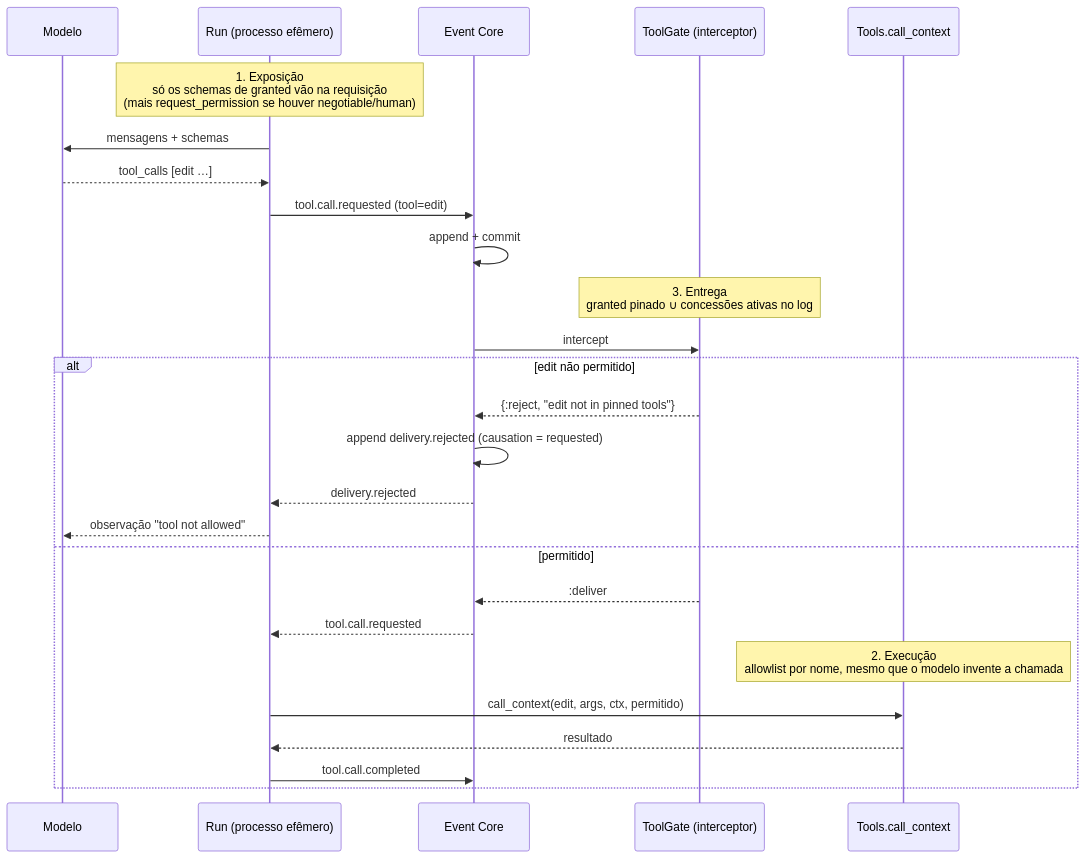
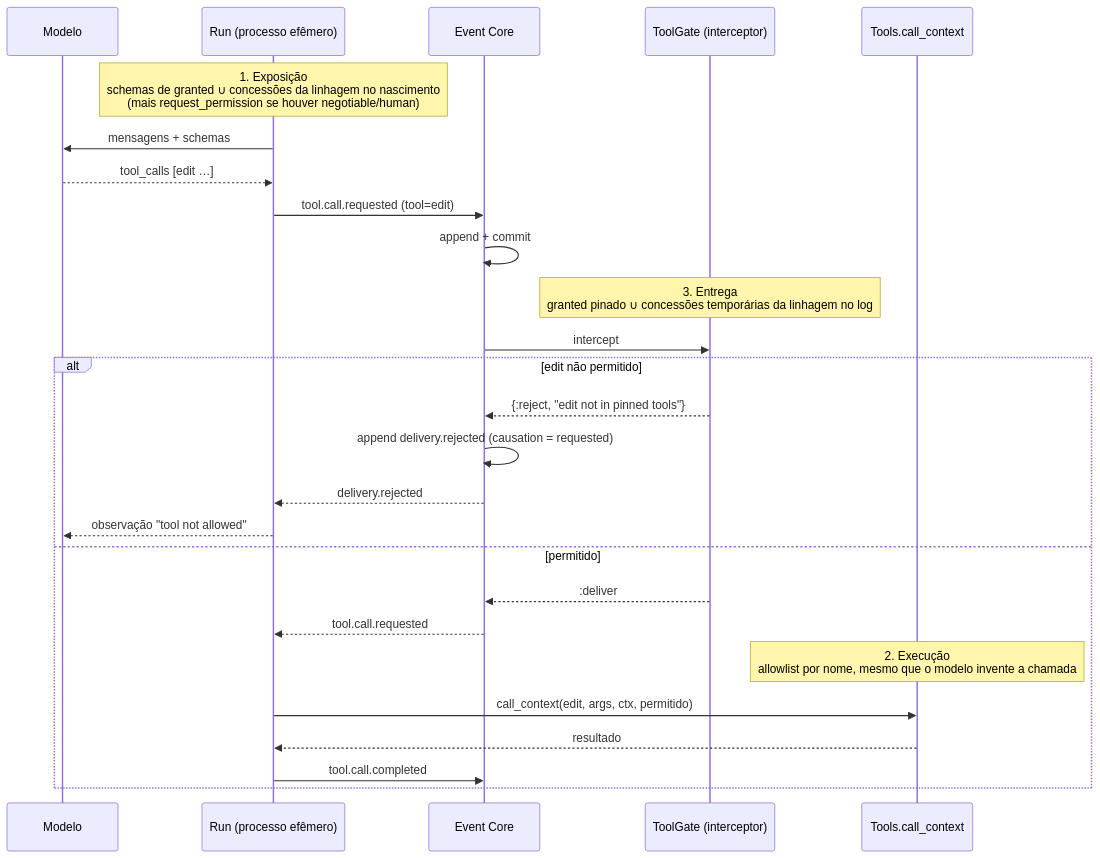
Before and after one commit to This-Is-NPC/omunculus: the third of 5 diagrams in docs/to-be/tool-policy.md, drawn with Mermaid. The commit also changed other lines of this file and 6 other files, not shown here.

````diff
--- a/docs/to-be/tool-policy.md
+++ b/docs/to-be/tool-policy.md
@@ -264,29 +266,29 @@
 ```mermaid
 sequenceDiagram
     participant M as Modelo
     participant R as Run (processo efêmero)
     participant EC as Event Core
     participant G as ToolGate (interceptor)
     participant T as Tools.call_context
 
-    Note over R: 1. Exposição<br/>só os schemas de granted vão na requisição<br/>(mais request_permission se houver negotiable/human)
+    Note over R: 1. Exposição<br/>schemas de granted ∪ concessões da linhagem no nascimento<br/>(mais request_permission se houver negotiable/human)
     R->>M: mensagens + schemas
     M-->>R: tool_calls [edit …]
     R->>EC: tool.call.requested (tool=edit)
     EC->>EC: append + commit
-    Note over G: 3. Entrega<br/>granted pinado ∪ concessões ativas no log
+    Note over G: 3. Entrega<br/>granted pinado ∪ concessões temporárias da linhagem no log
     EC->>G: intercept
     alt edit não permitido
         G-->>EC: {:reject, "edit not in pinned tools"}
         EC->>EC: append delivery.rejected (causation = requested)
         EC-->>R: delivery.rejected
         R-->>M: observação "tool not allowed"
     else permitido
         G-->>EC: :deliver
         EC-->>R: tool.call.requested
         Note over T: 2. Execução<br/>allowlist por nome, mesmo que o modelo invente a chamada
         R->>T: call_context(edit, args, ctx, permitido)
         T-->>R: resultado
         R->>EC: tool.call.completed
     end
 ```
````
